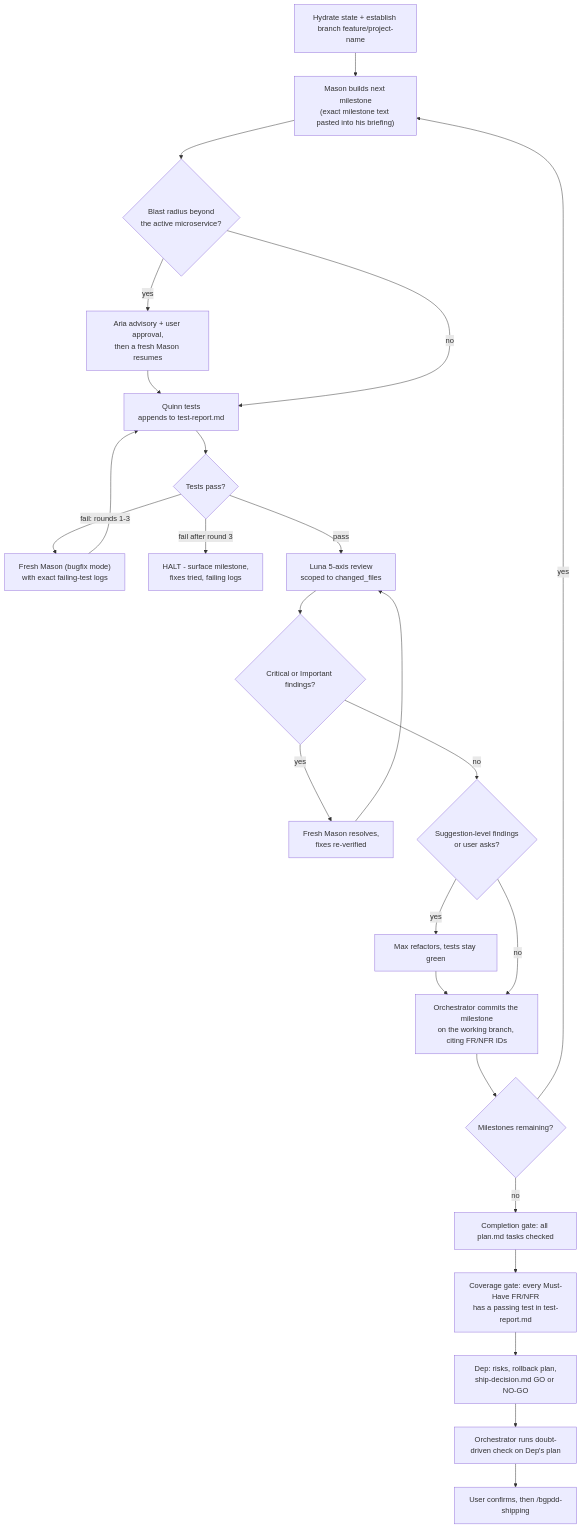
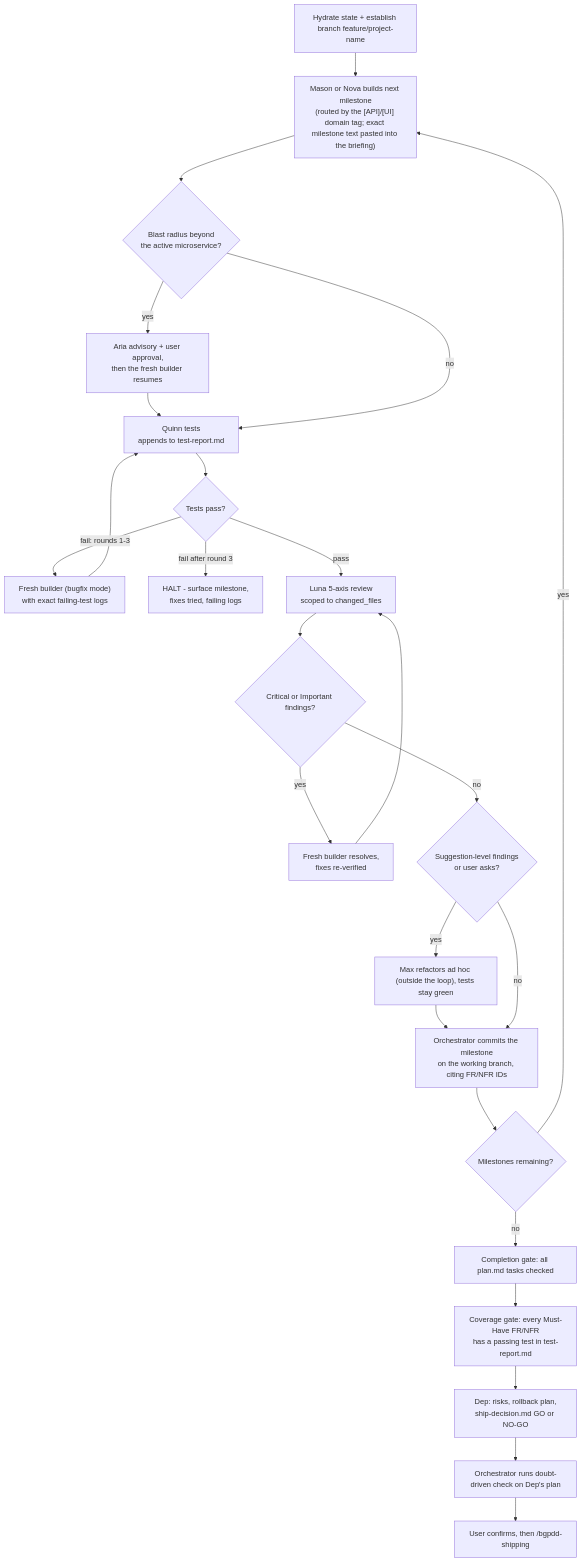
Before and after one commit to MuhammadShaharyarNaeem/blackgoat-agentskills: the fourth of 7 diagrams in README.md, drawn with Mermaid. The commit also changed other lines of this file and 27 other files, not shown here.

````diff
--- a/README.md
+++ b/README.md
@@ -223,22 +224,22 @@
 ```mermaid
 flowchart TD
-    H["Hydrate state + establish branch feature/project-name"] --> M["Mason builds next milestone<br/>(exact milestone text pasted into his briefing)"]
+    H["Hydrate state + establish branch feature/project-name"] --> M["Mason or Nova builds next milestone<br/>(routed by the [API]/[UI] domain tag; exact milestone text pasted into the briefing)"]
     M --> BR{"Blast radius beyond<br/>the active microservice?"}
-    BR -- "yes" --> AR["Aria advisory + user approval,<br/>then a fresh Mason resumes"] --> Q
+    BR -- "yes" --> AR["Aria advisory + user approval,<br/>then the fresh builder resumes"] --> Q
     BR -- "no" --> Q["Quinn tests<br/>appends to test-report.md"]
     Q --> QP{"Tests pass?"}
-    QP -- "fail: rounds 1-3" --> MF["Fresh Mason (bugfix mode)<br/>with exact failing-test logs"] --> Q
+    QP -- "fail: rounds 1-3" --> MF["Fresh builder (bugfix mode)<br/>with exact failing-test logs"] --> Q
     QP -- "fail after round 3" --> HALT1["HALT - surface milestone,<br/>fixes tried, failing logs"]
     QP -- "pass" --> L["Luna 5-axis review<br/>scoped to changed_files"]
     L --> LC{"Critical or Important findings?"}
-    LC -- "yes" --> LF["Fresh Mason resolves,<br/>fixes re-verified"] --> L
+    LC -- "yes" --> LF["Fresh builder resolves,<br/>fixes re-verified"] --> L
     LC -- "no" --> MX{"Suggestion-level findings<br/>or user asks?"}
-    MX -- "yes" --> MAX["Max refactors, tests stay green"] --> COMMIT
+    MX -- "yes" --> MAX["Max refactors ad hoc (outside the loop), tests stay green"] --> COMMIT
     MX -- "no" --> COMMIT["Orchestrator commits the milestone<br/>on the working branch, citing FR/NFR IDs"]
     COMMIT --> NEXT{"Milestones remaining?"}
     NEXT -- "yes" --> M
     NEXT -- "no" --> G1["Completion gate: all plan.md tasks checked"]
     G1 --> G2["Coverage gate: every Must-Have FR/NFR<br/>has a passing test in test-report.md"]
     G2 --> DEP["Dep: risks, rollback plan,<br/>ship-decision.md GO or NO-GO"]
     DEP --> DDD["Orchestrator runs doubt-driven check on Dep's plan"] --> SHIP["User confirms, then /bgpdd-shipping"]
 ```
````
